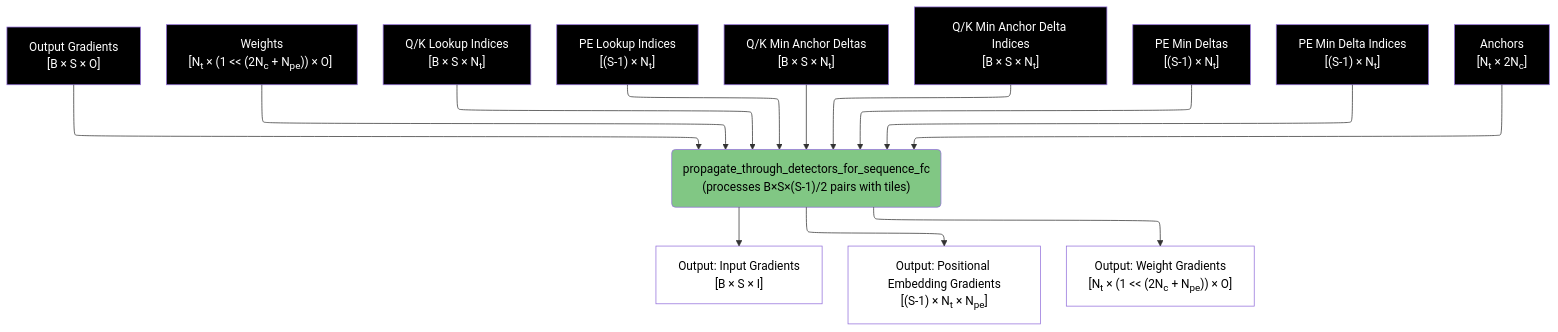
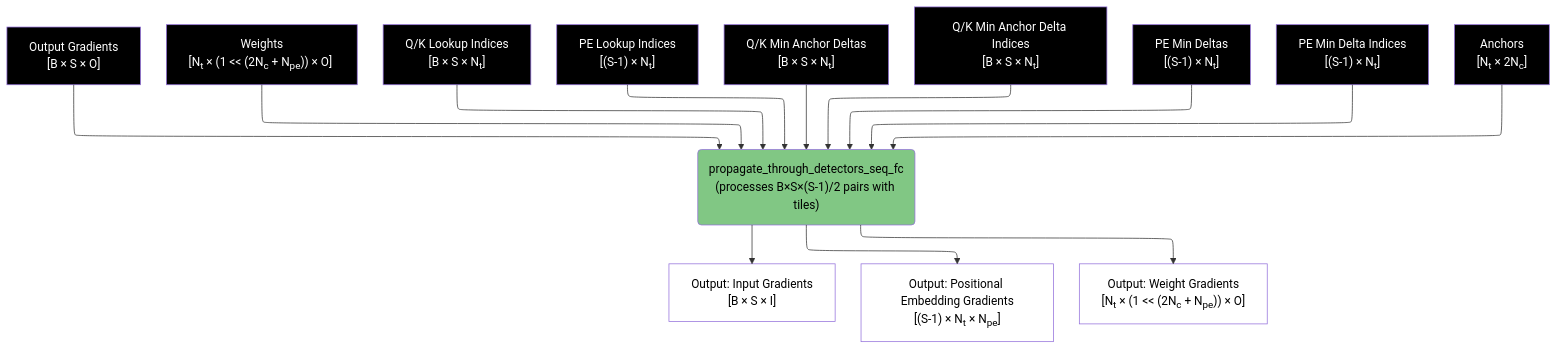
Before and after one commit to anatoli-starostin/spiky: the seventh of 8 diagrams in spiky_cuda/lut/doc/LUT_RUNTIME_DATA_FLOW.md, drawn with Mermaid. The commit also changed other lines of this file and 5 other files, not shown here.

````diff
--- a/spiky_cuda/lut/doc/LUT_RUNTIME_DATA_FLOW.md
+++ b/spiky_cuda/lut/doc/LUT_RUNTIME_DATA_FLOW.md
@@ -260,34 +260,34 @@
 ```mermaid
 %%{init: { "flowchart": { "defaultRenderer": "elk" } }}%%
 flowchart TD
-    A["Output Gradients<br/>[B × S × O]"] --> I("propagate_through_detectors_for_sequence_fc<br/>(processes B×S×(S-1)/2 pairs with tiles)")
+    A["Output Gradients<br/>[B × S × O]"] --> I("propagate_through_detectors_seq_fc<br/>(processes B×S×(S-1)/2 pairs with tiles)")
     
     W6["Weights<br/>[N<sub>t</sub>&nbsp;×&nbsp;(1&nbsp;<<&nbsp;(2N<sub>c</sub>&nbsp;+&nbsp;N<sub>pe</sub>))&nbsp;×&nbsp;O]&nbsp;"] --> I
     
     L3["Q/K Lookup Indices<br/>[B × S × N<sub>t</sub>]"] --> I
     L4["PE Lookup Indices<br/>[(S-1) × N<sub>t</sub>]"] --> I
     M5["Q/K Min Anchor Deltas<br/>[B × S × N<sub>t</sub>]"] --> I
     M6["Q/K Min Anchor Delta Indices<br/>[B&nbsp;×&nbsp;S&nbsp;×&nbsp;N<sub>t</sub>]"] --> I
     M7["PE Min Deltas<br/>[(S-1) × N<sub>t</sub>]"] --> I
     M8["PE Min Delta Indices<br/>[(S-1) × N<sub>t</sub>]"] --> I
     
     D6["Anchors<br/>[N<sub>t</sub> × 2N<sub>c</sub>]"] --> I
     
     I --> J["Output: Input Gradients<br/>[B × S × I]"]
     I --> K["Output: Positional Embedding Gradients<br/>[(S-1) × N<sub>t</sub> × N<sub>pe</sub>]"]
     I --> H["Output: Weight Gradients<br/>[N<sub>t</sub>&nbsp;×&nbsp;(1&nbsp;<<&nbsp;(2N<sub>c</sub>&nbsp;+&nbsp;N<sub>pe</sub>))&nbsp;×&nbsp;O]"]
     
     style I fill:#81c784,color:#000000
     style H fill:#ffffff,color:#000000
     style J fill:#ffffff,color:#000000
     style K fill:#ffffff,color:#000000
     style A fill:#000000,color:#ffffff
     style W6 fill:#000000,color:#ffffff
     style L3 fill:#000000,color:#ffffff
     style L4 fill:#000000,color:#ffffff
     style M5 fill:#000000,color:#ffffff
     style M6 fill:#000000,color:#ffffff
     style M7 fill:#000000,color:#ffffff
     style M8 fill:#000000,color:#ffffff
     style D6 fill:#000000,color:#ffffff
 ```
````
